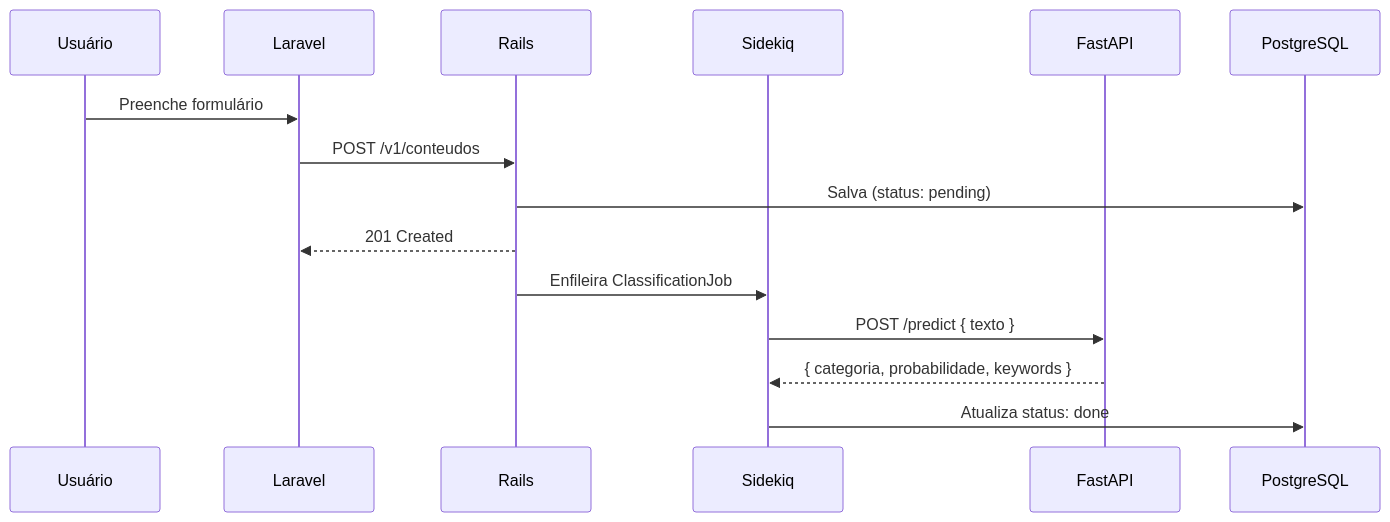
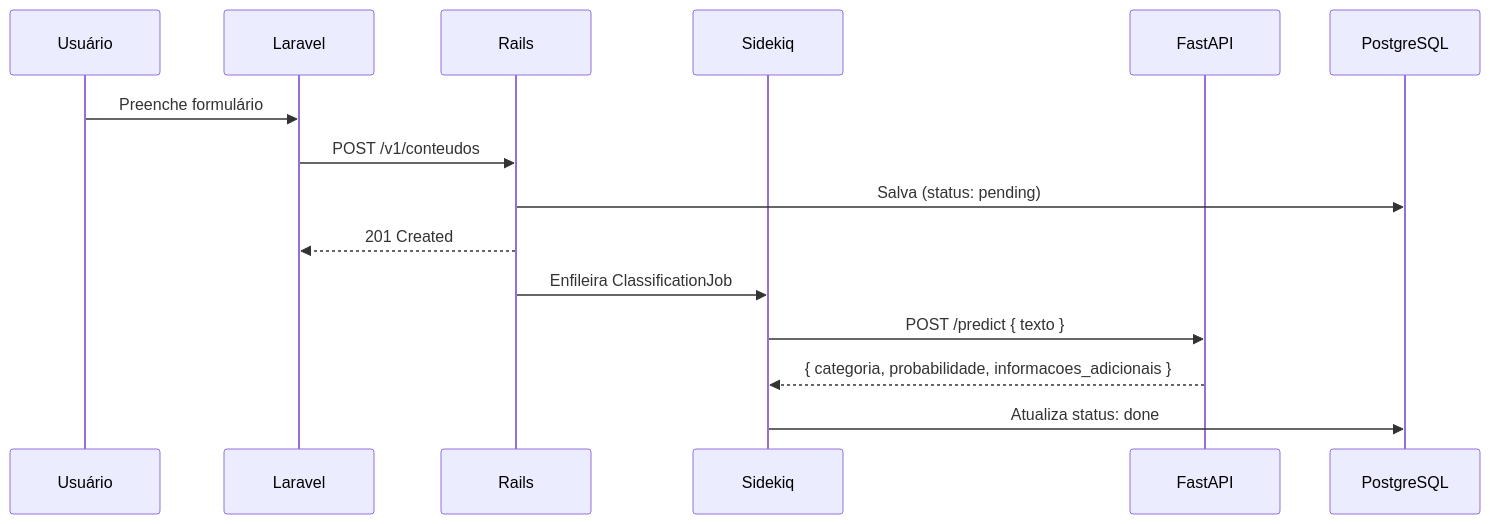
One commit to DessimA/tech-mind changed the second of 2 diagrams in README.md. Above: the diagram before and after it, drawn with Mermaid. The commit also changed other lines of this file and 2 other files, not shown here.

Commit message:
fix(docs): standardize field name to informacoes_adicionais across all docs

````diff
--- a/README.md
+++ b/README.md
@@ -59,18 +59,18 @@
 ```mermaid
 sequenceDiagram
     participant U as Usuário
     participant FE as Laravel
     participant BE as Rails
     participant SQ as Sidekiq
     participant ML as FastAPI
     participant DB as PostgreSQL
 
     U->>FE: Preenche formulário
     FE->>BE: POST /v1/conteudos
     BE->>DB: Salva (status: pending)
     BE-->>FE: 201 Created
     BE->>SQ: Enfileira ClassificationJob
     SQ->>ML: POST /predict { texto }
-    ML-->>SQ: { categoria, probabilidade, keywords }
+    ML-->>SQ: { categoria, probabilidade, informacoes_adicionais }
     SQ->>DB: Atualiza status: done
 ```
````
